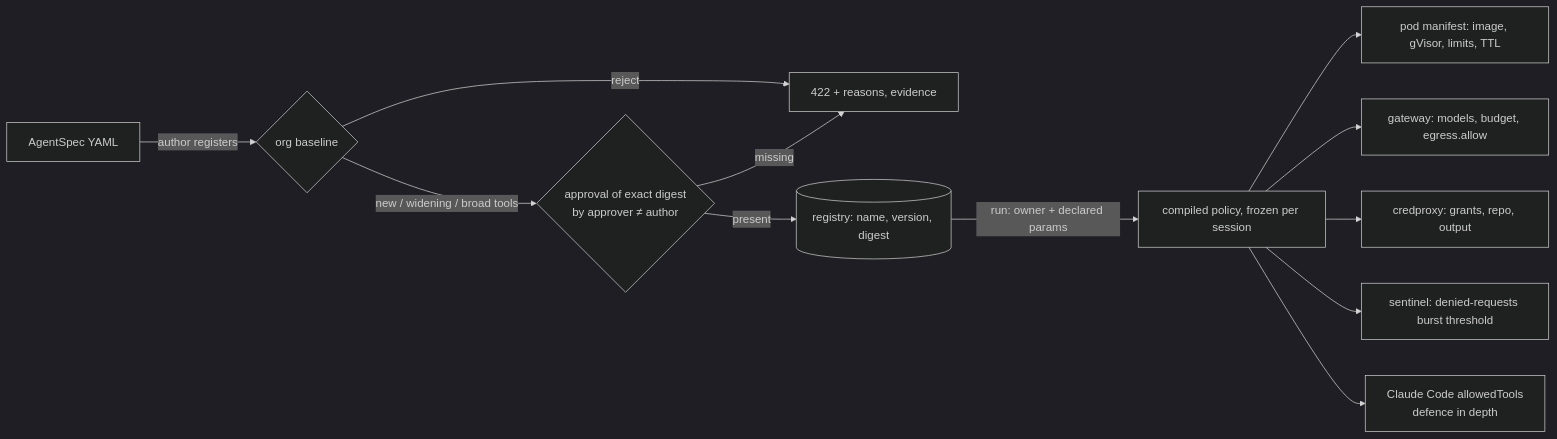
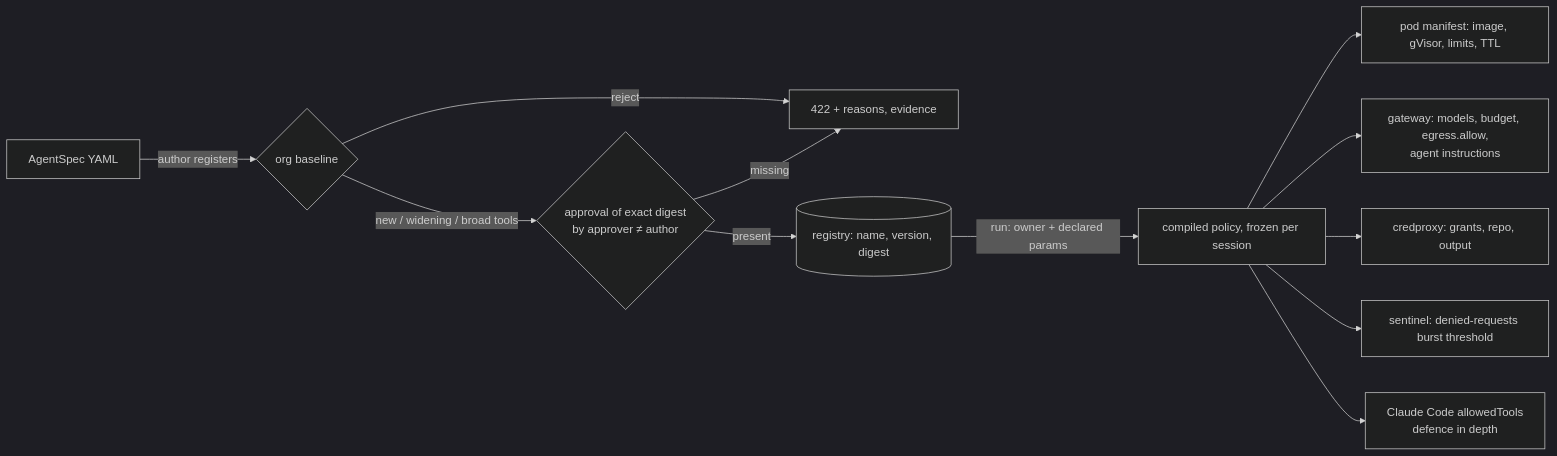
Before and after one commit to bhadradiyaniravnl/security-assignment-forgoodai: the second of 6 diagrams in docs/ARCHITECTURE.md, drawn with Mermaid (dark theme). The commit also changed other lines of this file and 1 other file, not shown here.

First line of the commit message:
Diagrams and topology match the deployed system

````diff
--- a/docs/ARCHITECTURE.md
+++ b/docs/ARCHITECTURE.md
@@ -390,14 +392,14 @@
 ```mermaid
 flowchart LR
   y[AgentSpec YAML] -->|author registers| b{org baseline}
   b -- reject --> x[422 + reasons, evidence]
   b -- new / widening / broad tools --> a{approval of exact digest<br/>by approver ≠ author}
   a -- missing --> x
   a -- present --> r[(registry: name, version, digest)]
   r -->|run: owner + declared params| c[compiled policy, frozen per session]
   c --> pod[pod manifest: image, gVisor, limits, TTL]
-  c --> g[gateway: models, budget, egress.allow]
+  c --> g[gateway: models, budget, egress.allow,<br/>agent instructions]
   c --> cp2[credproxy: grants, repo, output]
   c --> d[sentinel: denied-requests burst threshold]
   c --> cc[Claude Code allowedTools<br/>defence in depth]
 ```
````
